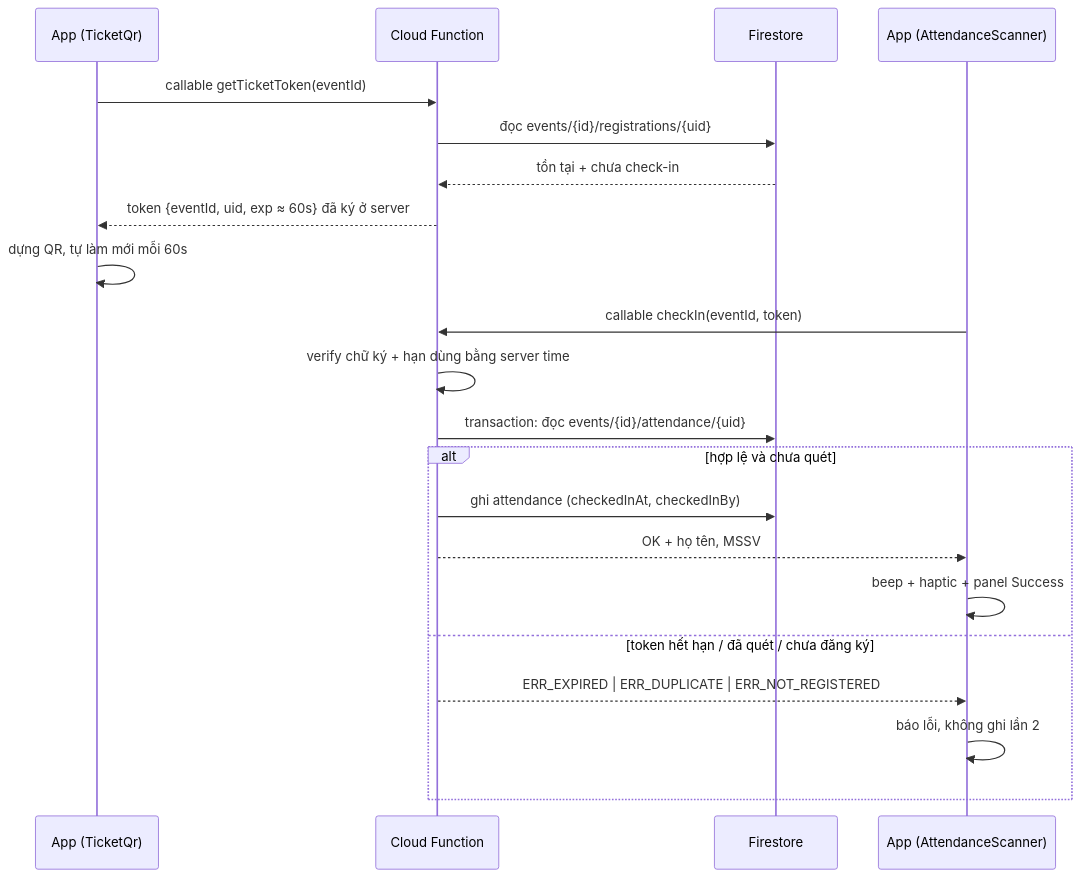
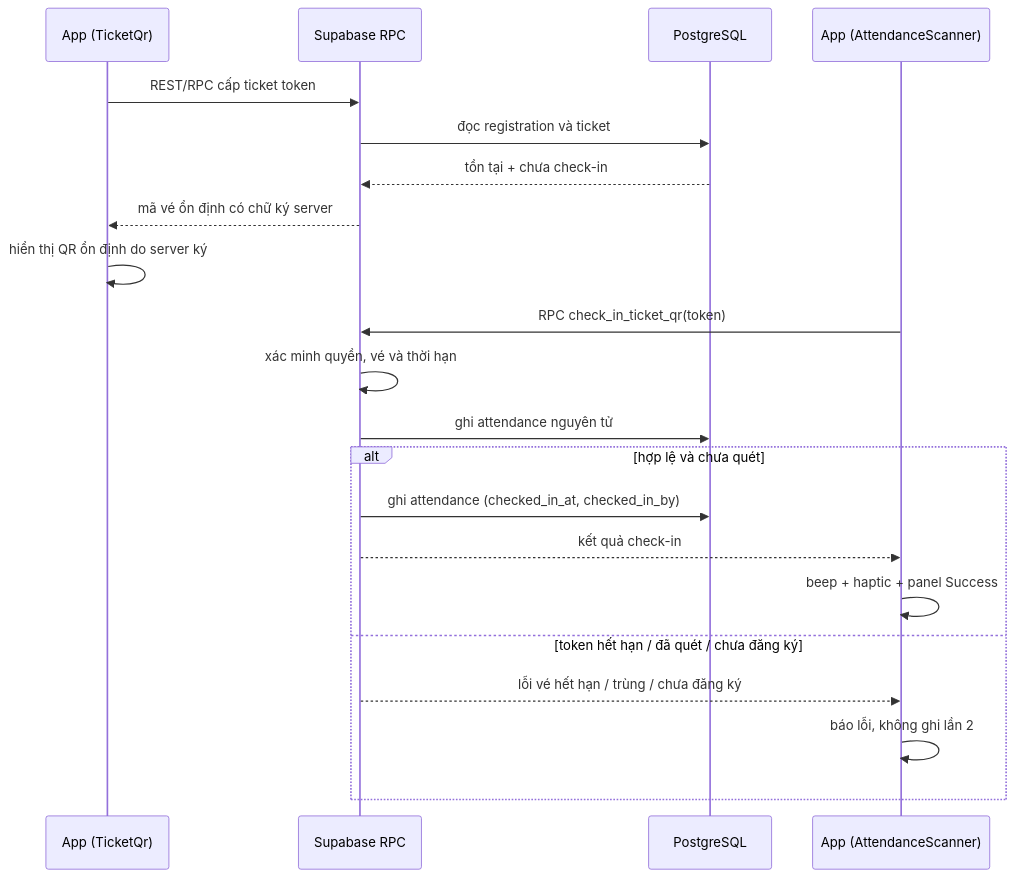
The first of 3 diagrams in README.md (ThinhNguyen2005/UTH-Connect), drawn with Mermaid before and after one commit. The commit also changed other lines of this file and 26 other files, not shown here.

````diff
--- a/README.md
+++ b/README.md
@@ -124,24 +117,24 @@
 ```mermaid
 sequenceDiagram
     participant SV as App (TicketQr)
-    participant CF as Cloud Function
-    participant FS as Firestore
+    participant SB as Supabase RPC
+    participant PG as PostgreSQL
     participant BTC as App (AttendanceScanner)
 
-    SV->>CF: callable getTicketToken(eventId)
-    CF->>FS: đọc events/{id}/registrations/{uid}
-    FS-->>CF: tồn tại + chưa check-in
-    CF-->>SV: token {eventId, uid, exp ≈ 60s} đã ký ở server
-    SV->>SV: dựng QR, tự làm mới mỗi 60s
-    BTC->>CF: callable checkIn(eventId, token)
-    CF->>CF: verify chữ ký + hạn dùng bằng server time
-    CF->>FS: transaction: đọc events/{id}/attendance/{uid}
+    SV->>SB: REST/RPC cấp ticket token
+    SB->>PG: đọc registration và ticket
+    PG-->>SB: tồn tại + chưa check-in
+    SB-->>SV: mã vé ổn định có chữ ký server
+    SV->>SV: hiển thị QR ổn định do server ký
+    BTC->>SB: RPC check_in_ticket_qr(token)
+    SB->>SB: xác minh quyền, vé và thời hạn
+    SB->>PG: ghi attendance nguyên tử
     alt hợp lệ và chưa quét
-        CF->>FS: ghi attendance (checkedInAt, checkedInBy)
-        CF-->>BTC: OK + họ tên, MSSV
+        SB->>PG: ghi attendance (checked_in_at, checked_in_by)
+        SB-->>BTC: kết quả check-in
         BTC->>BTC: beep + haptic + panel Success
     else token hết hạn / đã quét / chưa đăng ký
-        CF-->>BTC: ERR_EXPIRED | ERR_DUPLICATE | ERR_NOT_REGISTERED
+        SB-->>BTC: lỗi vé hết hạn / trùng / chưa đăng ký
         BTC->>BTC: báo lỗi, không ghi lần 2
     end
 ```
````
